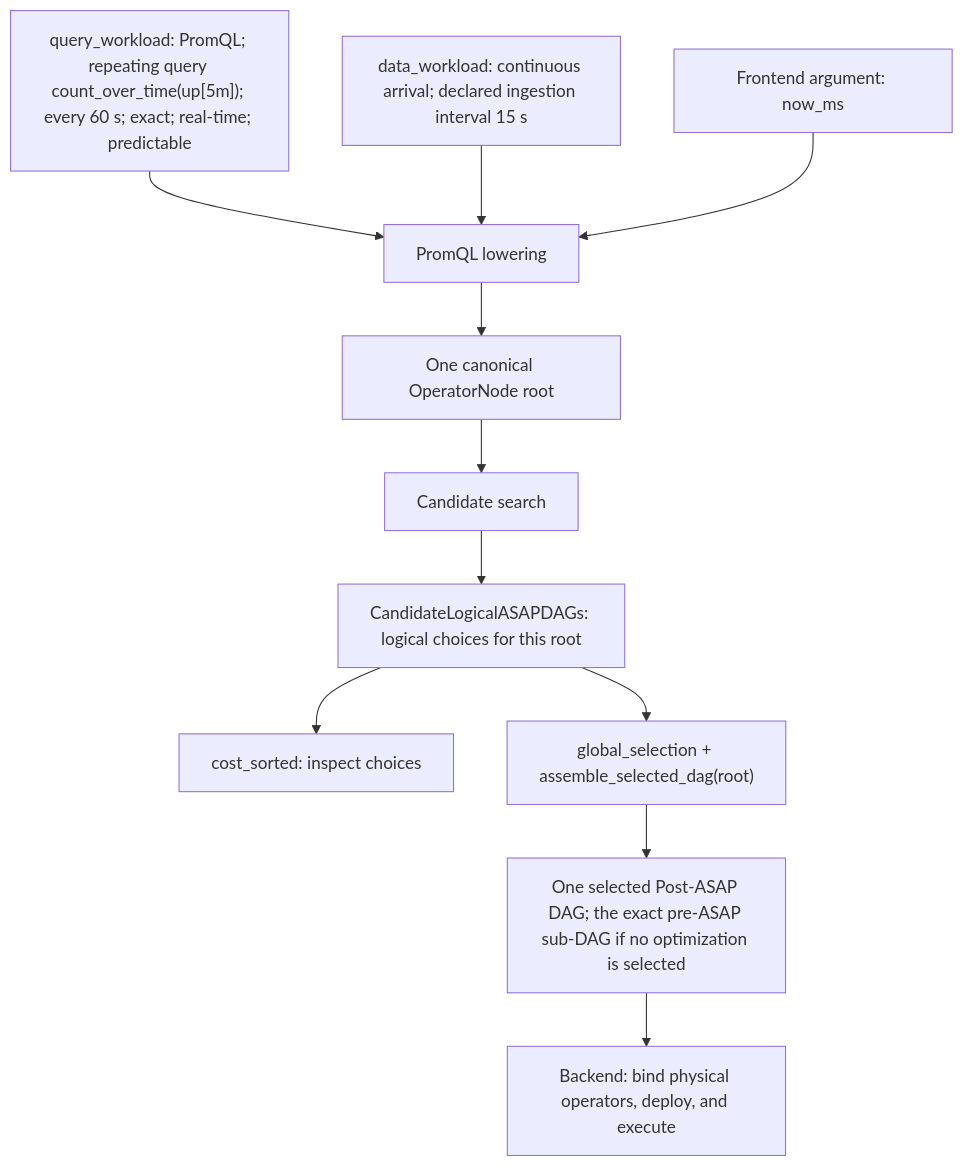
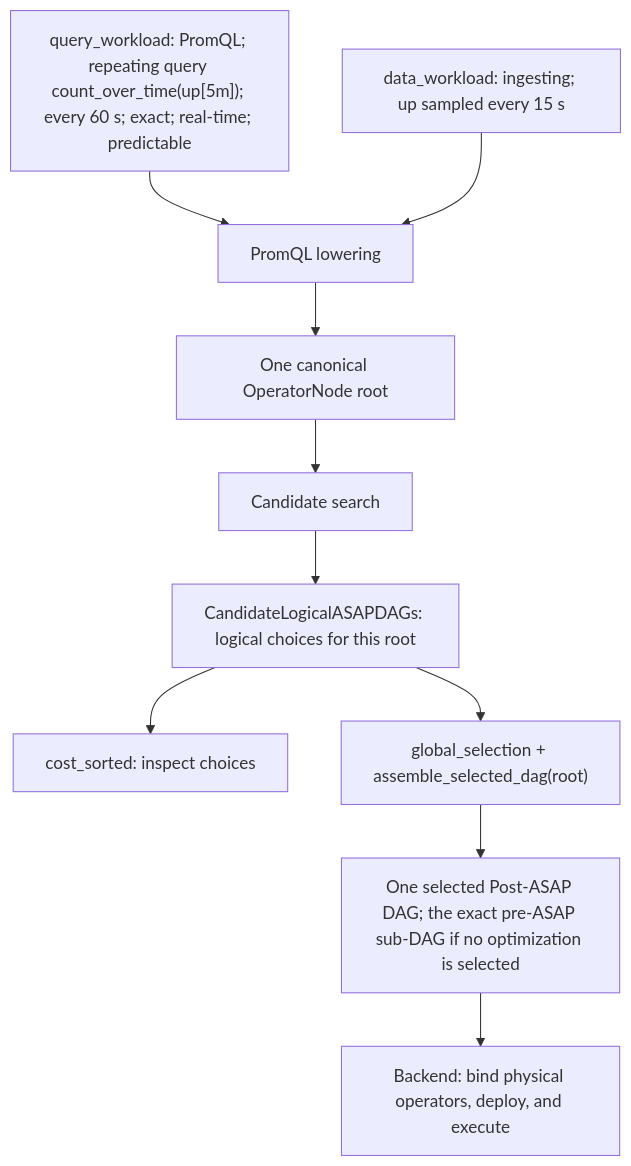
One commit to ProjectASAP/ASAPPlanner changed the first of 2 diagrams in docs/design_docs/architecture/input-output-workflow.md. Above: the diagram before and after it, drawn with Mermaid. The commit also changed other lines of this file and 71 other files, not shown here.

First line of the commit message:
refactor(types)!: DataWorkload as arrival plus per-source facts; G bound per source (#728)

````diff
--- a/docs/design_docs/architecture/input-output-workflow.md
+++ b/docs/design_docs/architecture/input-output-workflow.md
@@ -64,20 +64,18 @@
 ```mermaid
 flowchart TD
     Q["query_workload: PromQL; repeating query count_over_time(up[5m]); every 60 s; exact; real-time; predictable"]
-    D["data_workload: continuous arrival; declared ingestion interval 15 s"]
-    T["Frontend argument: now_ms"]
+    D["data_workload: ingesting; up sampled every 15 s"]
     F["PromQL lowering"]
     R["One canonical OperatorNode root"]
     S["Candidate search"]
     P["CandidateLogicalASAPDAGs: logical choices for this root"]
     I["cost_sorted: inspect choices"]
     G["global_selection + assemble_selected_dag(root)"]
     L["One selected Post-ASAP DAG; the exact pre-ASAP sub-DAG if no optimization is selected"]
     B["Backend: bind physical operators, deploy, and execute"]
     Q --> F
     D --> F
-    T --> F
     F --> R --> S --> P
     P --> I
     P --> G --> L --> B
 ```
````
